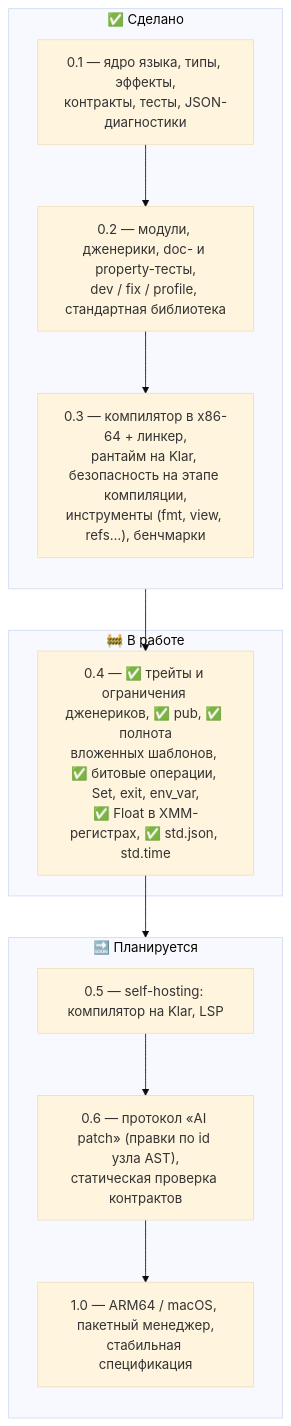
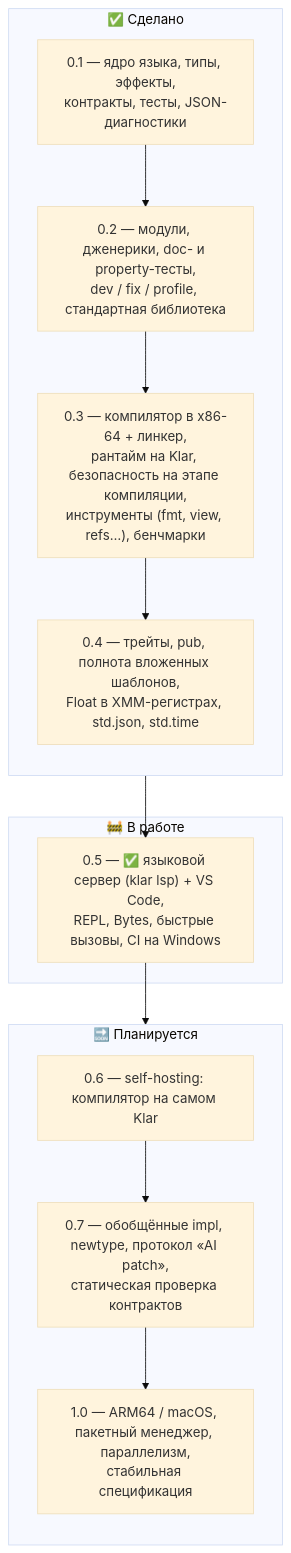
One commit to veosett/Klar changed the second of 2 diagrams in README.ru.md. Above: the diagram before and after it, drawn with Mermaid (base theme). The commit also changed other lines of this file and 19 other files, not shown here.

First line of the commit message:
Add the language server (klar lsp) and connect it to VS Code

````diff
--- a/README.ru.md
+++ b/README.ru.md
@@ -148,21 +148,22 @@
 ```mermaid
 flowchart TB
     subgraph done["✅ Сделано"]
         direction TB
         v01["0.1 — ядро языка, типы, эффекты,<br/>контракты, тесты, JSON-диагностики"]
         v02["0.2 — модули, дженерики, doc- и property-тесты,<br/>dev / fix / profile, стандартная библиотека"]
         v03["0.3 — компилятор в x86-64 + линкер,<br/>рантайм на Klar, безопасность на этапе компиляции,<br/>инструменты (fmt, view, refs…), бенчмарки"]
-        v01 --> v02 --> v03
+        v04["0.4 — трейты, pub, полнота вложенных шаблонов,<br/>Float в XMM-регистрах, std.json, std.time"]
+        v01 --> v02 --> v03 --> v04
     end
     subgraph now["🚧 В работе"]
-        v04["0.4 — ✅ трейты и ограничения дженериков, ✅ pub, ✅ полнота<br/>вложенных шаблонов, ✅ битовые операции, Set, exit, env_var,<br/>✅ Float в XMM-регистрах, ✅ std.json, std.time"]
+        v05["0.5 — ✅ языковой сервер (klar lsp) + VS Code,<br/>REPL, Bytes, быстрые вызовы, CI на Windows"]
     end
     subgraph next["🔜 Планируется"]
         direction TB
-        v05["0.5 — self-hosting: компилятор на Klar, LSP"]
-        v06["0.6 — протокол «AI patch» (правки по id узла AST),<br/>статическая проверка контрактов"]
-        v10["1.0 — ARM64 / macOS, пакетный менеджер,<br/>стабильная спецификация"]
-        v05 --> v06 --> v10
+        v06["0.6 — self-hosting: компилятор на самом Klar"]
+        v07["0.7 — обобщённые impl, newtype, протокол «AI patch»,<br/>статическая проверка контрактов"]
+        v10["1.0 — ARM64 / macOS, пакетный менеджер, параллелизм,<br/>стабильная спецификация"]
+        v06 --> v07 --> v10
     end
-    v03 --> v04 --> v05
+    v04 --> v05 --> v06
 ```
````
